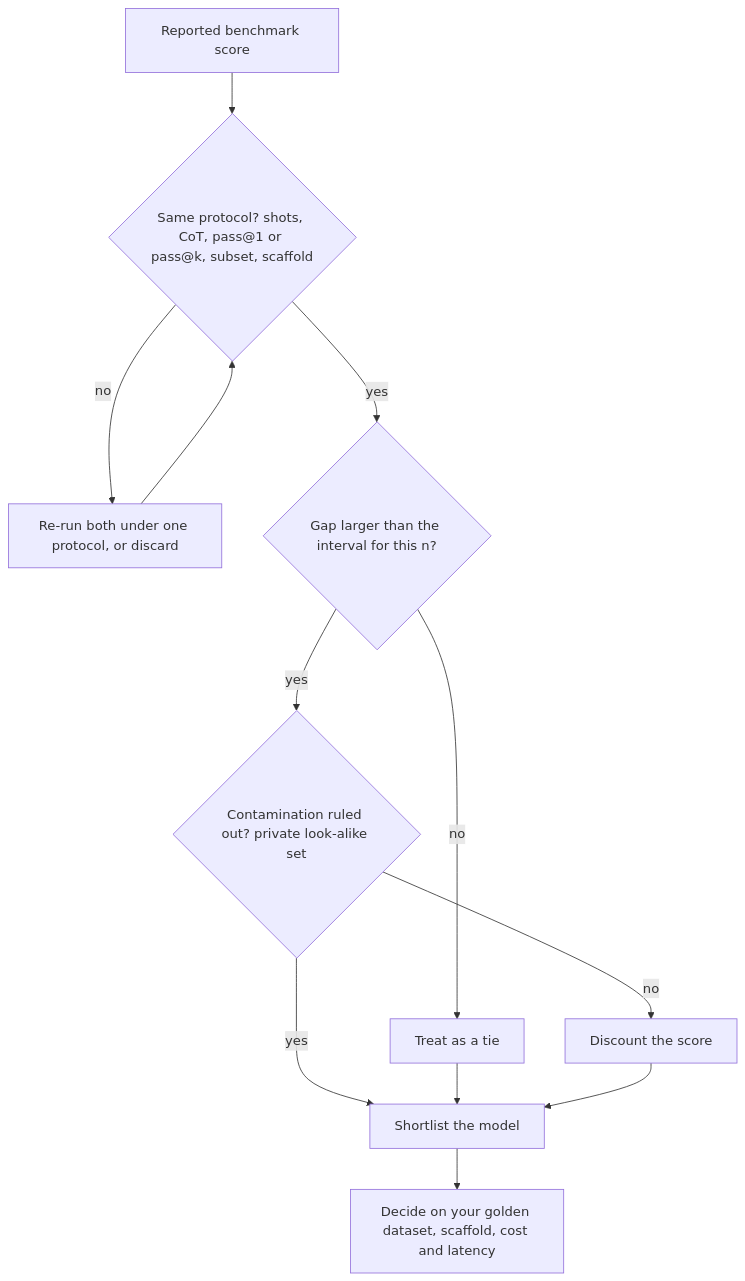
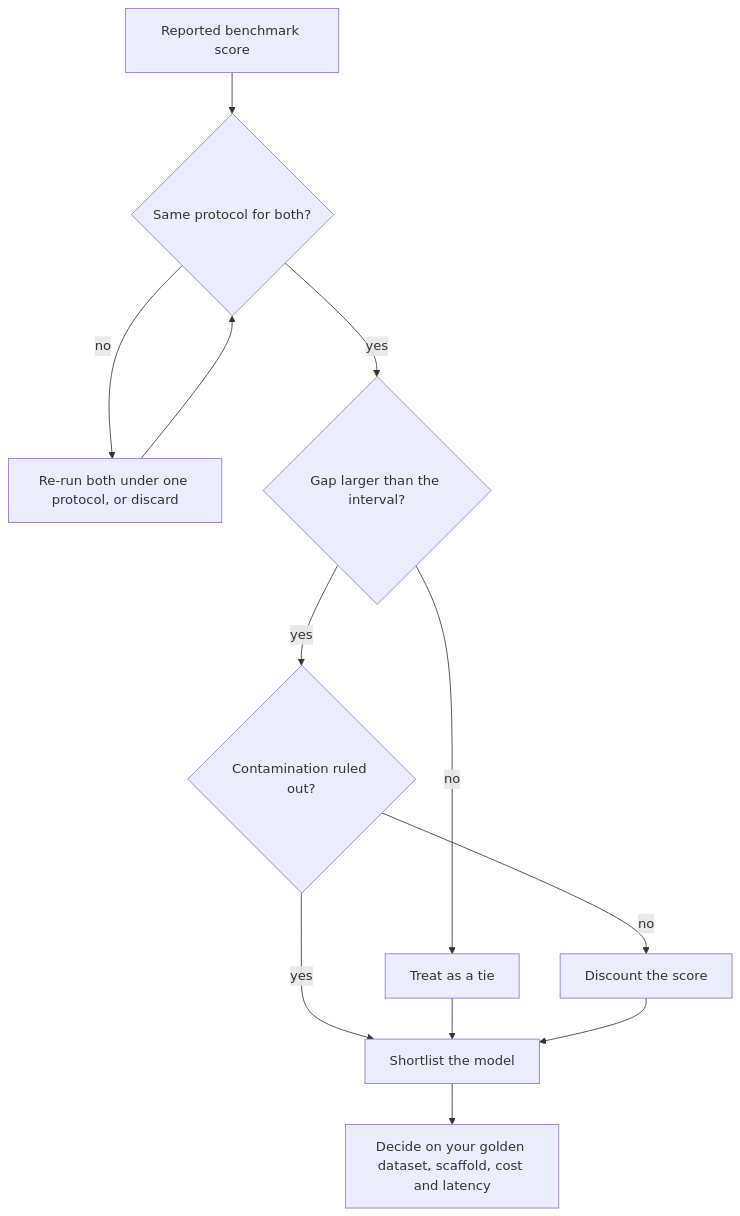
The diagram in content/evals/benchmarking.md (lovishmahajan97/agentic-learning), drawn with Mermaid before and after one commit. The commit also changed other lines of this file and 278 other files, not shown here.

````diff
--- a/content/evals/benchmarking.md
+++ b/content/evals/benchmarking.md
@@ -159,14 +161,14 @@
 ```mermaid
 flowchart TD
-    R["Reported benchmark score"] --> P{"Same protocol? shots, CoT, pass@1 or pass@k, subset, scaffold"}
+    R["Reported benchmark score"] --> P{"Same protocol for both?"}
     P -->|"no"| RR["Re-run both under one protocol, or discard"]
     RR --> P
-    P -->|"yes"| N{"Gap larger than the interval for this n?"}
+    P -->|"yes"| N{"Gap larger than the interval?"}
     N -->|"no"| NOISE["Treat as a tie"]
-    N -->|"yes"| C{"Contamination ruled out? private look-alike set"}
+    N -->|"yes"| C{"Contamination ruled out?"}
     C -->|"no"| DISC["Discount the score"]
     C -->|"yes"| SL["Shortlist the model"]
     NOISE --> SL
     DISC --> SL
     SL --> G["Decide on your golden dataset, scaffold, cost and latency"]
 ```
````
